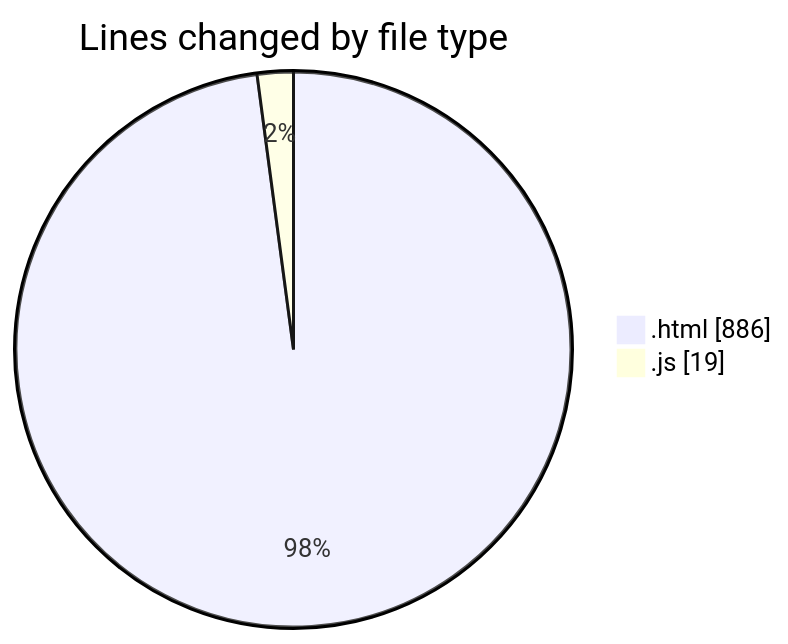
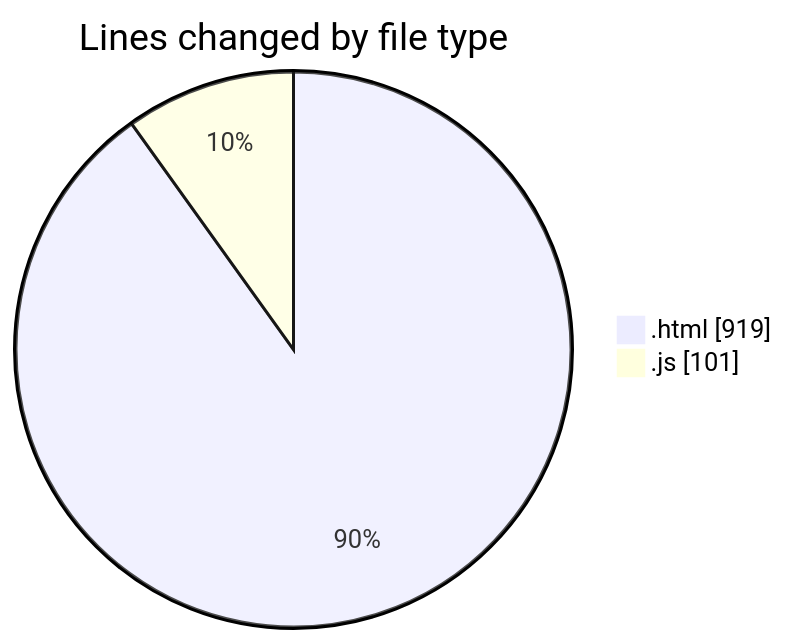
Before and after one commit to IJAZ3593/code-tracking: the first of 2 diagrams in 2025-09-13/new_folder/README.md, drawn with Mermaid. The commit also changed other lines of this file and 1 other file, not shown here.

````diff
--- a/2025-09-13/new_folder/README.md
+++ b/2025-09-13/new_folder/README.md
@@ -26,6 +26,6 @@
 ```mermaid
 pie showData
 title Lines changed by file type
-".html" : 886
-".js" : 19
+".html" : 919
+".js" : 101
 ```
````
